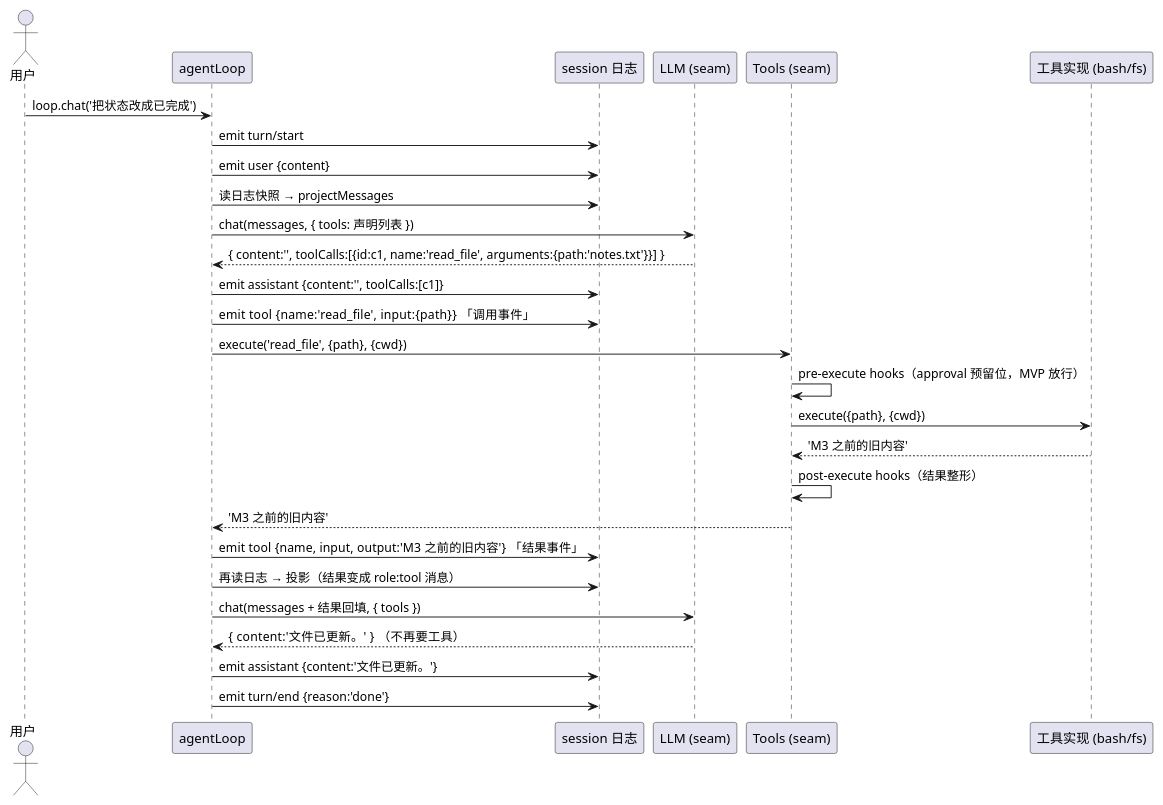
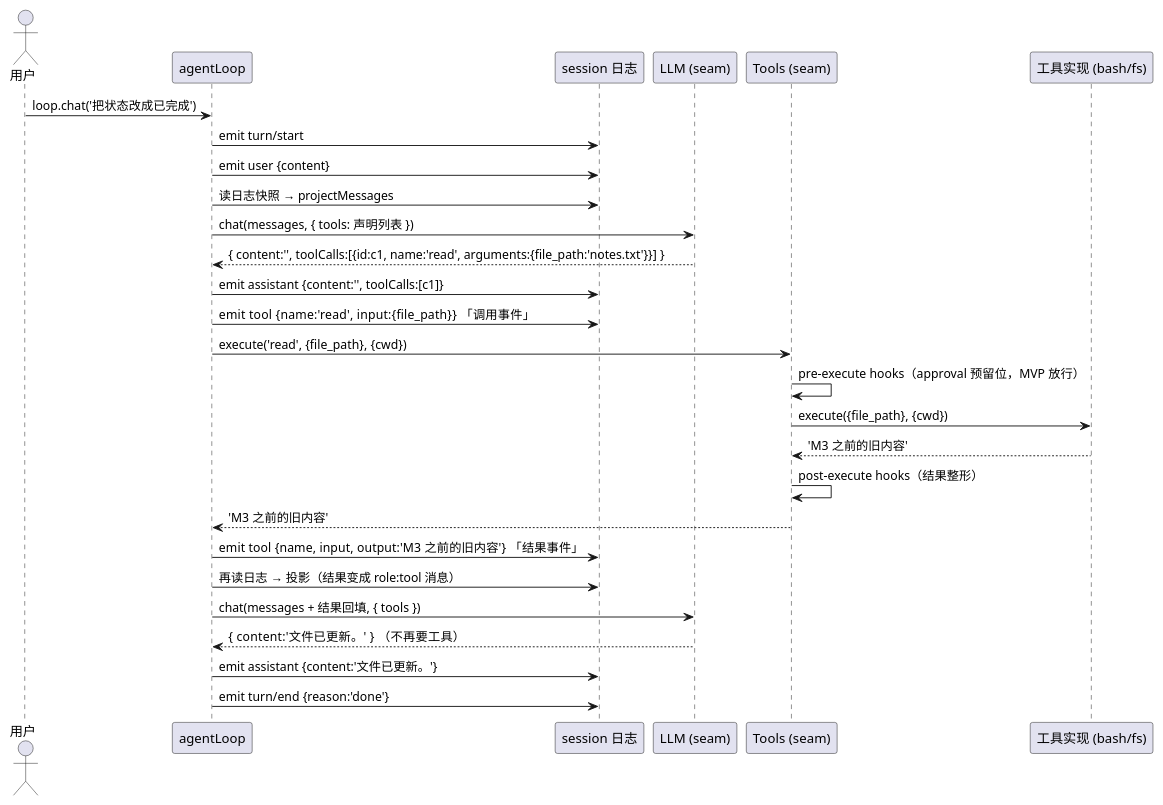
Before and after one commit to eric-song-dev/mini-deepseek-harness: the second of 2 diagrams in docs/tutorials/M3-tools.md, drawn with PlantUML. The commit also changed other lines of this file and 13 other files, not shown here.

Commit message:
test+demo+docs+notes: 命名对齐清扫——agent/session/client/llm/test-support fixture、tools-demo/my-tools、M3/M4 教程、tools README、M3 决策修订指针 + 新决策 note

````diff
--- a/docs/tutorials/M3-tools.md
+++ b/docs/tutorials/M3-tools.md
@@ -97,31 +97,31 @@
 ```plantuml
 @startuml
 actor 用户
 participant "agentLoop" as loop
 participant "session 日志" as log
 participant "LLM (seam)" as llm
 participant "Tools (seam)" as tools
 participant "工具实现 (bash/fs)" as impl
 
 用户 -> loop: loop.chat('把状态改成已完成')
 loop -> log: emit turn/start
 loop -> log: emit user {content}
 loop -> log: 读日志快照 → projectMessages
 loop -> llm: chat(messages, { tools: 声明列表 })
-llm --> loop: { content:'', toolCalls:[{id:c1, name:'read_file', arguments:{path:'notes.txt'}}] }
+llm --> loop: { content:'', toolCalls:[{id:c1, name:'read', arguments:{file_path:'notes.txt'}}] }
 loop -> log: emit assistant {content:'', toolCalls:[c1]}
-loop -> log: emit tool {name:'read_file', input:{path}}    「调用事件」
-loop -> tools: execute('read_file', {path}, {cwd})
+loop -> log: emit tool {name:'read', input:{file_path}}    「调用事件」
+loop -> tools: execute('read', {file_path}, {cwd})
 tools -> tools: pre-execute hooks（approval 预留位，MVP 放行）
-tools -> impl: execute({path}, {cwd})
+tools -> impl: execute({file_path}, {cwd})
 impl --> tools: 'M3 之前的旧内容'
 tools -> tools: post-execute hooks（结果整形）
 tools --> loop: 'M3 之前的旧内容'
 loop -> log: emit tool {name, input, output:'M3 之前的旧内容'}   「结果事件」
 loop -> log: 再读日志 → 投影（结果变成 role:tool 消息）
 loop -> llm: chat(messages + 结果回填, { tools })
 llm --> loop: { content:'文件已更新。' }   （不再要工具）
 loop -> log: emit assistant {content:'文件已更新。'}
 loop -> log: emit turn/end {reason:'done'}
 @enduml
 ```
````
